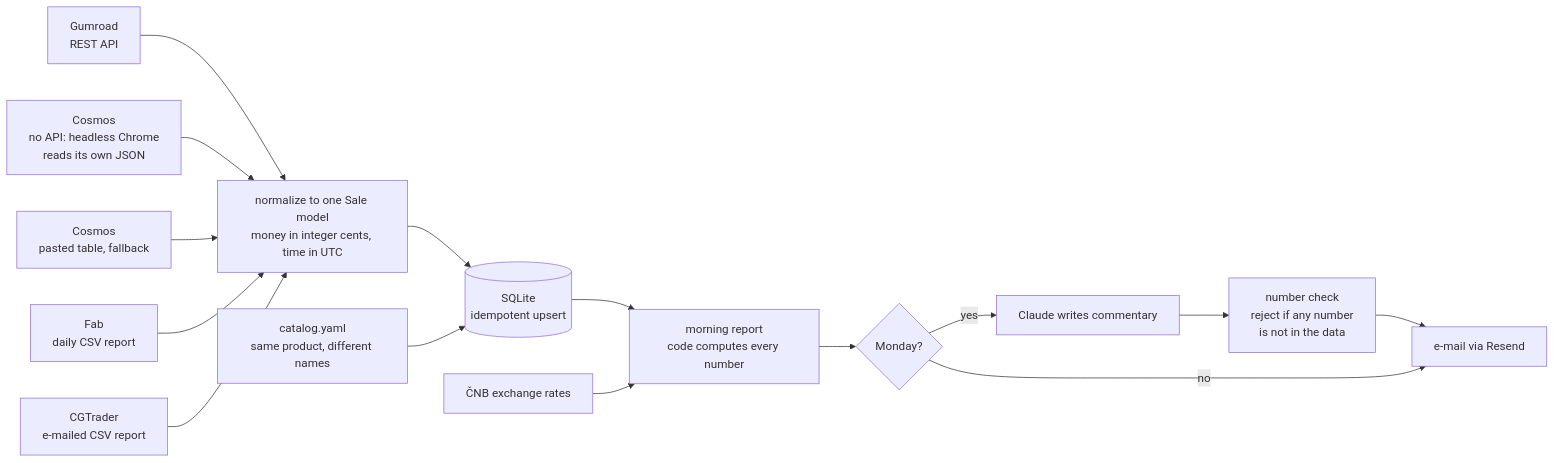
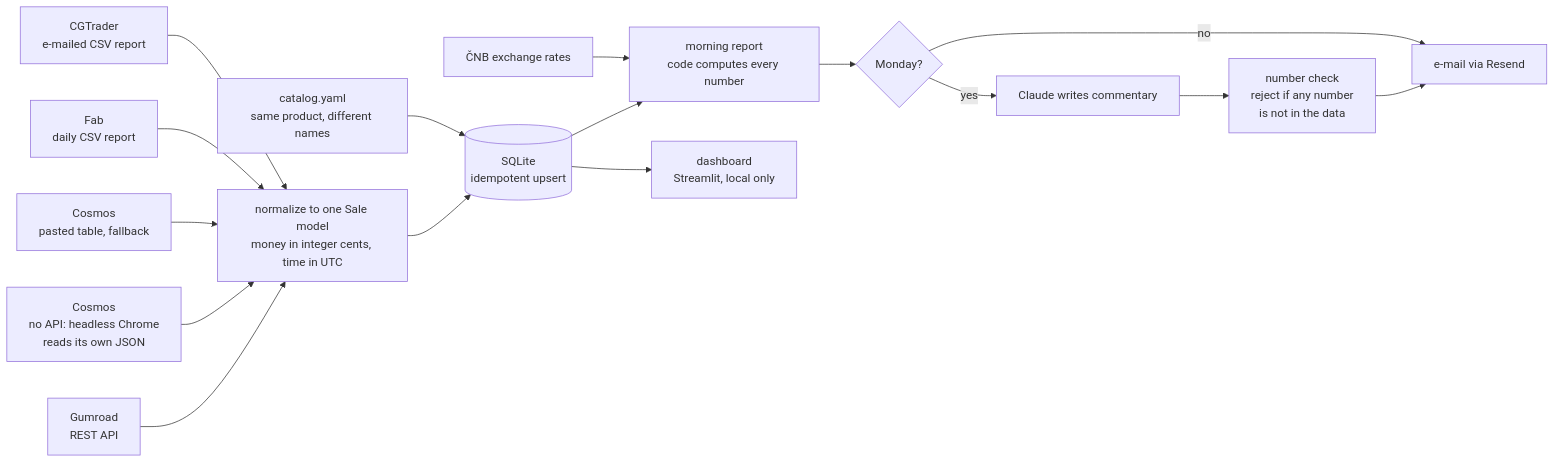
One commit to vitekchalanyenv/marketplace-sales-tracker changed the diagram in README.md. Above: the diagram before and after it, drawn with Mermaid. The commit also changed other lines of this file and 14 other files, not shown here.

````diff
--- a/README.md
+++ b/README.md
@@ -29,16 +41,17 @@
 ```mermaid
 flowchart LR
     G[Gumroad<br/>REST API] --> N
     C[Cosmos<br/>no API: headless Chrome<br/>reads its own JSON] --> N
     P[Cosmos<br/>pasted table, fallback] --> N
     F[Fab<br/>daily CSV report] --> N
     T[CGTrader<br/>e-mailed CSV report] --> N
     N[normalize to one Sale model<br/>money in integer cents, time in UTC] --> DB[(SQLite<br/>idempotent upsert)]
     K[catalog.yaml<br/>same product, different names] --> DB
     DB --> R[morning report<br/>code computes every number]
+    DB --> D[dashboard<br/>Streamlit, local only]
     X[ČNB exchange rates] --> R
     R --> W{Monday?}
     W -->|yes| CL[Claude writes commentary] --> V[number check<br/>reject if any number<br/>is not in the data]
     V --> M[e-mail via Resend]
     W -->|no| M
 ```
````
